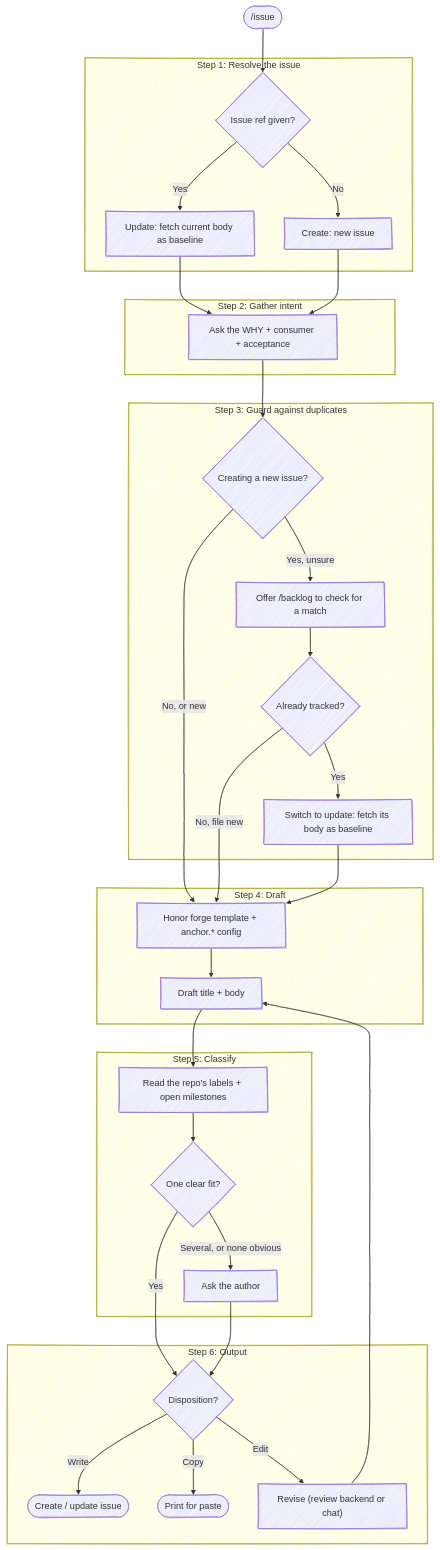
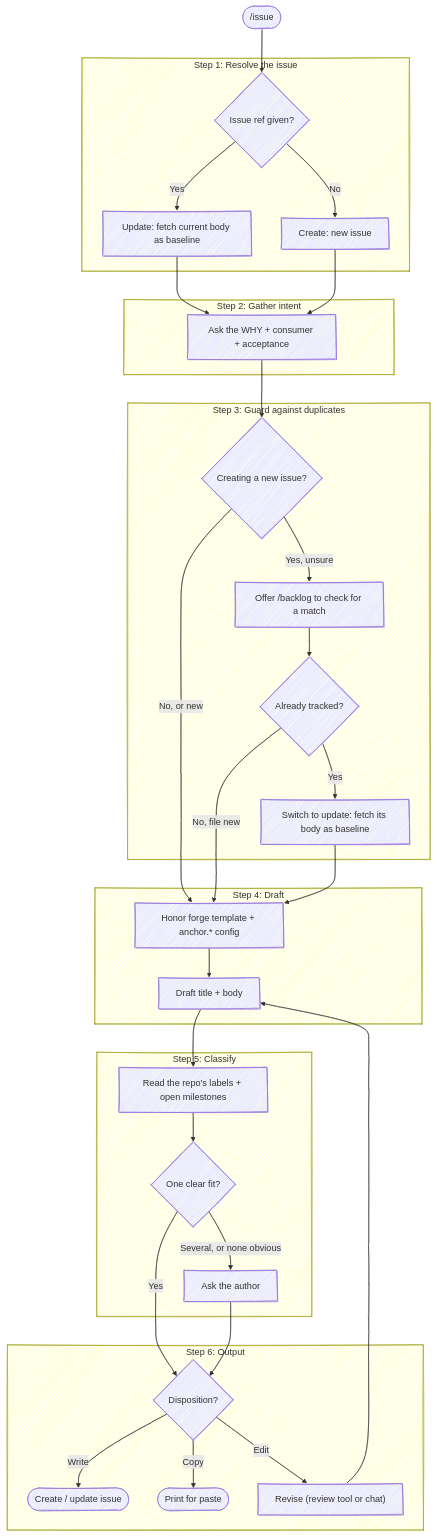
The diagram in skills/issue/SKILL.md (chris-peterson/anchor), drawn with Mermaid before and after one commit. The commit also changed other lines of this file and 32 other files, not shown here.

````diff
--- a/skills/issue/SKILL.md
+++ b/skills/issue/SKILL.md
@@ -14,45 +14,45 @@
 ```mermaid
 %%{ init: { 'look': 'handDrawn' } }%%
 flowchart TD
     Start(["/issue"]) --> Mode{Issue ref given?}
 
     subgraph "Step 1: Resolve the issue"
         Mode -->|Yes| Update["Update: fetch current body as baseline"]
         Mode -->|No| Create["Create: new issue"]
     end
 
     subgraph "Step 2: Gather intent"
         Update --> Why["Ask the WHY + consumer + acceptance"]
         Create --> Why
     end
 
     subgraph "Step 3: Guard against duplicates"
         Why --> FromCreate{Creating a new issue?}
         FromCreate -->|Yes, unsure| Check["Offer /backlog to check for a match"]
         Check --> Match{Already tracked?}
         Match -->|Yes| Reuse["Switch to update: fetch its body as baseline"]
     end
 
     subgraph "Step 4: Draft"
         Tmpl["Honor forge template + anchor.* config"]
         Tmpl --> Draft["Draft title + body"]
     end
 
     FromCreate -->|No, or new| Tmpl
     Match -->|No, file new| Tmpl
     Reuse --> Tmpl
 
     subgraph "Step 5: Classify"
         Draft --> Meta["Read the repo's labels + open milestones"]
         Meta --> Fit{One clear fit?}
         Fit -->|Several, or none obvious| Choose["Ask the author"]
     end
 
     subgraph "Step 6: Output"
         Fit -->|Yes| Out{Disposition?}
         Choose --> Out
         Out -->|Write| Forge(["Create / update issue"])
         Out -->|Copy| CopyOnly(["Print for paste"])
-        Out -->|Edit| Revise["Revise (review backend or chat)"] --> Draft
+        Out -->|Edit| Revise["Revise (review tool or chat)"] --> Draft
     end
 ```
````
